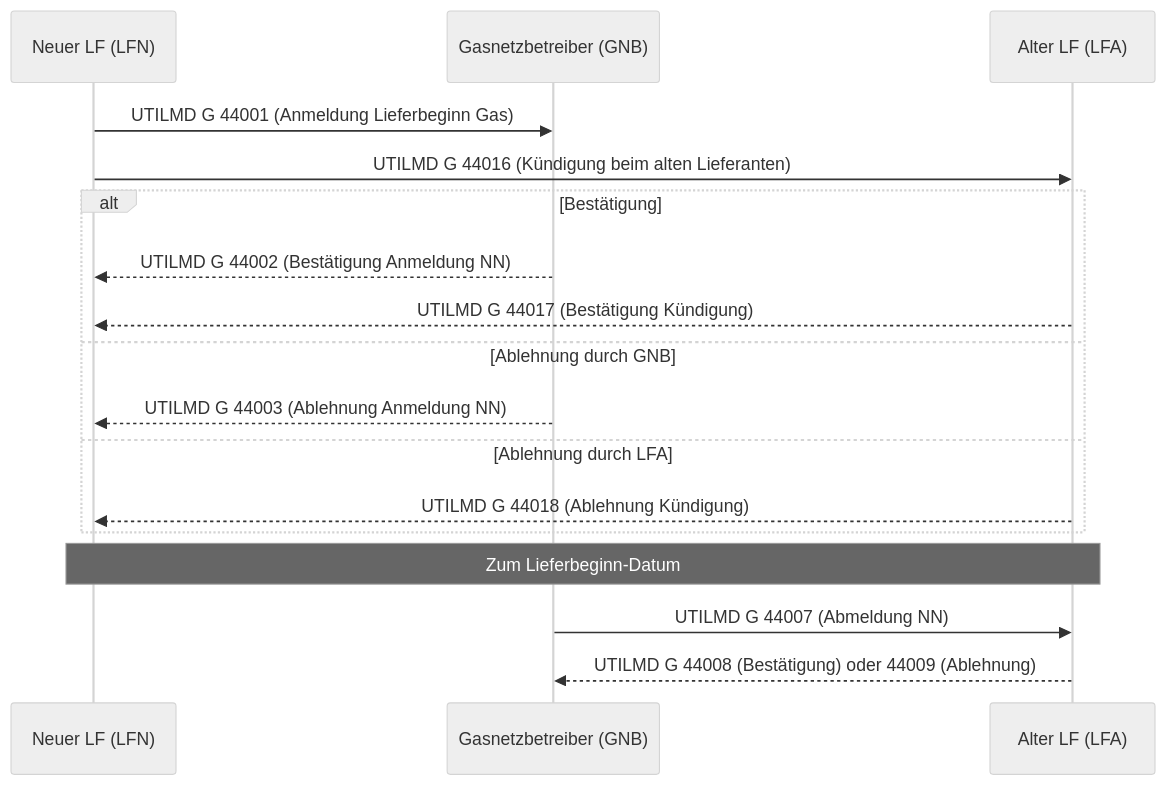
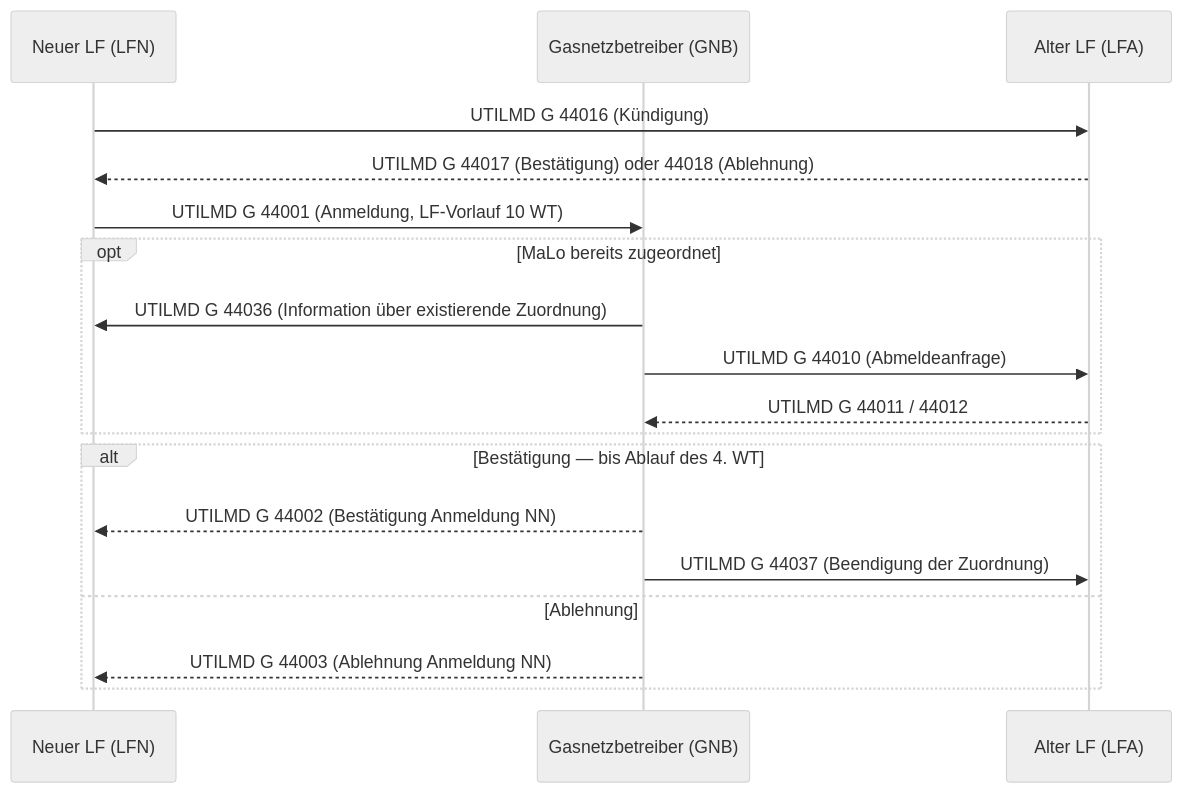
One commit to hupe1980/mako changed the fourth of 8 diagrams in site/content/docs/reference/processes.md. Above: the diagram before and after it, drawn with Mermaid (neutral theme). The commit also changed other lines of this file and 1091 other files, not shown here.

````diff
--- a/site/content/docs/reference/processes.md
+++ b/site/content/docs/reference/processes.md
@@ -1148,22 +1027,22 @@
 ```mermaid
 sequenceDiagram
     participant LFN as Neuer LF (LFN)
     participant GNB as Gasnetzbetreiber (GNB)
     participant LFA as Alter LF (LFA)
 
-    LFN->>GNB: UTILMD G 44001 (Anmeldung Lieferbeginn Gas)
-    LFN->>LFA: UTILMD G 44016 (Kündigung beim alten Lieferanten)
+    LFN->>LFA: UTILMD G 44016 (Kündigung)
+    LFA-->>LFN: UTILMD G 44017 (Bestätigung) oder 44018 (Ablehnung)
 
-    alt Bestätigung
+    LFN->>GNB: UTILMD G 44001 (Anmeldung, LF-Vorlauf 10 WT)
+    opt MaLo bereits zugeordnet
+        GNB->>LFN: UTILMD G 44036 (Information über existierende Zuordnung)
+        GNB->>LFA: UTILMD G 44010 (Abmeldeanfrage)
+        LFA-->>GNB: UTILMD G 44011 / 44012
+    end
+    alt Bestätigung — bis Ablauf des 4. WT
         GNB-->>LFN: UTILMD G 44002 (Bestätigung Anmeldung NN)
-        LFA-->>LFN: UTILMD G 44017 (Bestätigung Kündigung)
-    else Ablehnung durch GNB
+        GNB->>LFA:  UTILMD G 44037 (Beendigung der Zuordnung)
+    else Ablehnung
         GNB-->>LFN: UTILMD G 44003 (Ablehnung Anmeldung NN)
-    else Ablehnung durch LFA
-        LFA-->>LFN: UTILMD G 44018 (Ablehnung Kündigung)
     end
-
-    Note over LFN,LFA: Zum Lieferbeginn-Datum
-    GNB->>LFA: UTILMD G 44007 (Abmeldung NN)
-    LFA-->>GNB: UTILMD G 44008 (Bestätigung) oder 44009 (Ablehnung)
 ```
````
